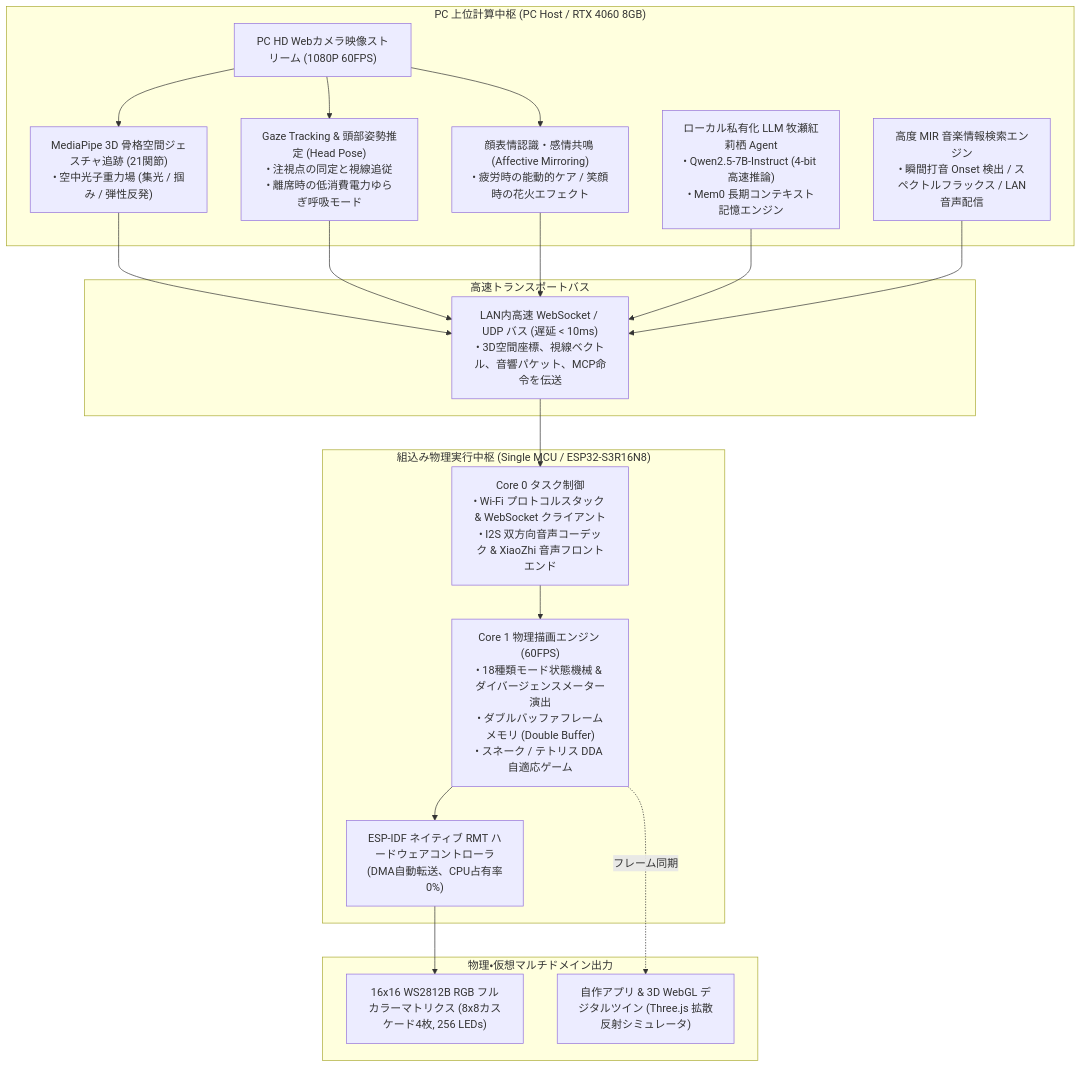
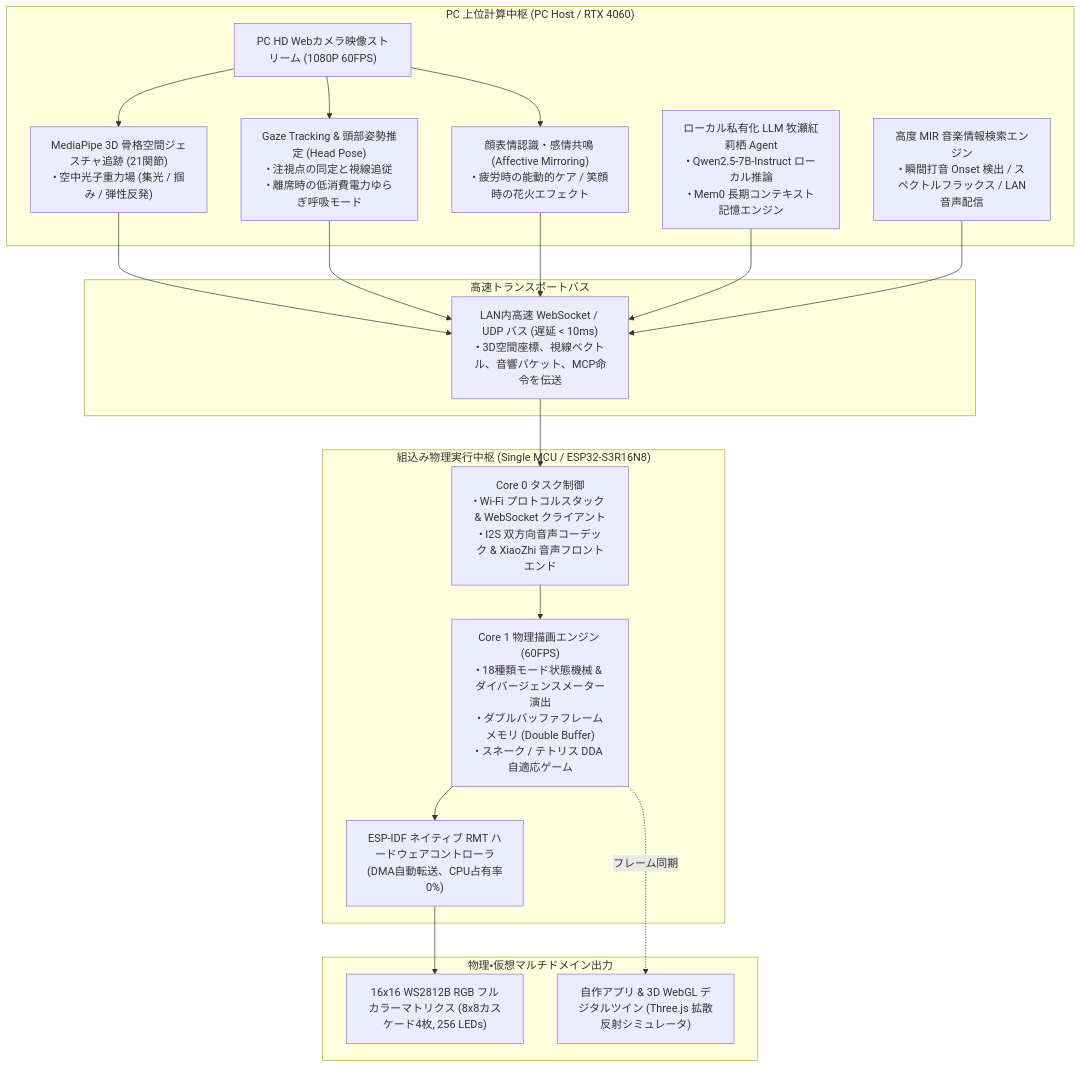
Before and after one commit to DongFengPo1412/Intelligent-Lighting-Control-System-Pro: the diagram in README_JA.md, drawn with Mermaid. The commit also changed other lines of this file and 2 other files, not shown here.

````diff
--- a/README_JA.md
+++ b/README_JA.md
@@ -41,33 +41,33 @@
 ```mermaid
 graph TD
-    subgraph "PC 上位計算中枢 (PC Host / RTX 4060 8GB)"
+    subgraph "PC 上位計算中枢 (PC Host / RTX 4060)"
         CAM["PC HD Webカメラ映像ストリーム (1080P 60FPS)"]
         MP["MediaPipe 3D 骨格空間ジェスチャ追跡 (21関節)<br>• 空中光子重力場 (集光 / 掴み / 弾性反発)"]
         GAZE["Gaze Tracking & 頭部姿勢推定 (Head Pose)<br>• 注視点の同定と視線追従<br>• 離席時の低消費電力ゆらぎ呼吸モード"]
         EMO["顔表情認識・感情共鳴 (Affective Mirroring)<br>• 疲労時の能動的ケア / 笑顔時の花火エフェクト"]
-        LLM["ローカル私有化 LLM 牧瀬紅莉栖 Agent<br>• Qwen2.5-7B-Instruct (4-bit 高速推論)<br>• Mem0 長期コンテキスト記憶エンジン"]
+        LLM["ローカル私有化 LLM 牧瀬紅莉栖 Agent<br>• Qwen2.5-7B-Instruct ローカル推論<br>• Mem0 長期コンテキスト記憶エンジン"]
         MIR["高度 MIR 音楽情報検索エンジン<br>• 瞬間打音 Onset 検出 / スペクトルフラックス / LAN音声配信"]
     end
 
     subgraph "高速トランスポートバス"
         WS["LAN内高速 WebSocket / UDP バス (遅延 < 10ms)<br>• 3D空間座標、視線ベクトル、音響パケット、MCP命令を伝送"]
     end
 
     subgraph "組込み物理実行中枢 (Single MCU / ESP32-S3R16N8)"
         CORE0["Core 0 タスク制御<br>• Wi-Fi プロトコルスタック & WebSocket クライアント<br>• I2S 双方向音声コーデック & XiaoZhi 音声フロントエンド"]
         CORE1["Core 1 物理描画エンジン (60FPS)<br>• 18種類モード状態機械 & ダイバージェンスメーター演出<br>• ダブルバッファフレームメモリ (Double Buffer)<br>• スネーク / テトリス DDA 自適応ゲーム"]
         RMT["ESP-IDF ネイティブ RMT ハードウェアコントローラ<br>(DMA自動転送、CPU占有率0%)"]
     end
 
     subgraph "物理・仮想マルチドメイン出力"
         MATRIX["16x16 WS2812B RGB フルカラーマトリクス (8x8カスケード4枚, 256 LEDs)"]
         TWIN["自作アプリ & 3D WebGL デジタルツイン (Three.js 拡散反射シミュレータ)"]
     end
 
     CAM --> MP & GAZE & EMO
     MP & GAZE & EMO & LLM & MIR --> WS
     WS --> CORE0
     CORE0 --> CORE1
     CORE1 --> RMT --> MATRIX
     CORE1 -. "フレーム同期" .-> TWIN
 ```
````
